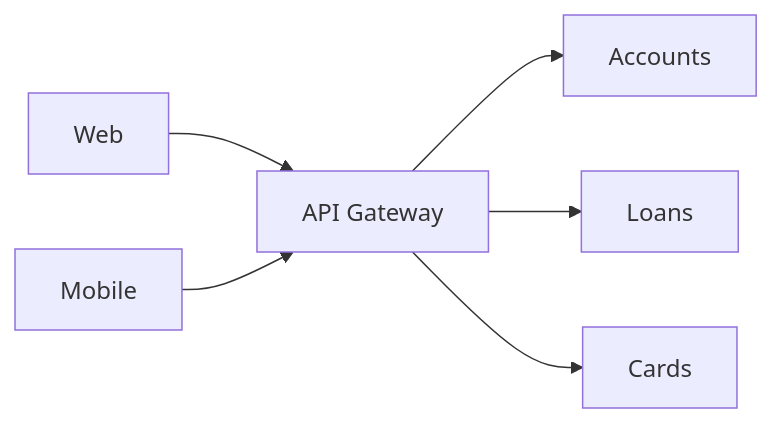
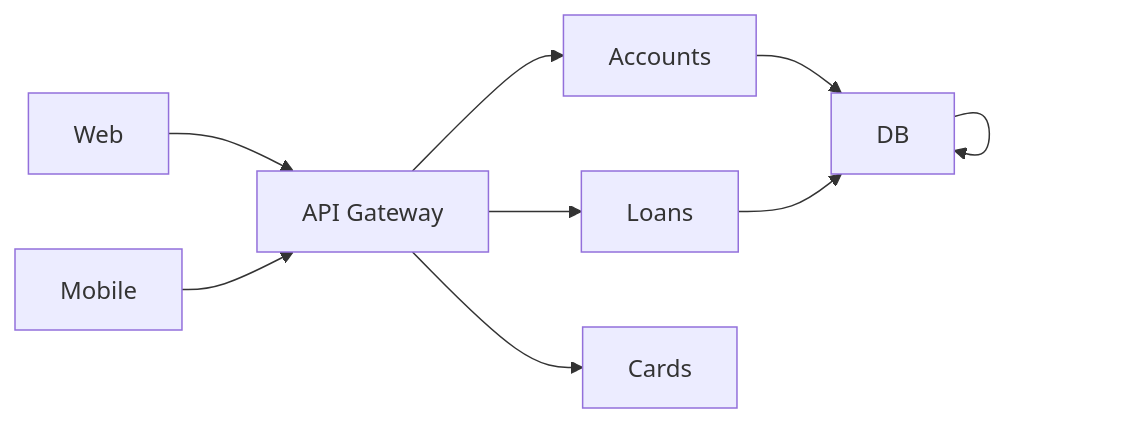
The diagram in Readme.md (Arannamoy-Mondal/eCommerce-REST-API), drawn with Mermaid before and after one commit.

````diff
--- a/Readme.md
+++ b/Readme.md
@@ -106,8 +106,11 @@
 ```mermaid
 graph LR;
 A[Web] --> C[API Gateway]
 B[Mobile] --> C[API Gateway]
-C[API Gateway] --> D[Accounts]
+C[API Gateway] --> G[Accounts]
 C[API Gateway] --> E[Loans]
 C[API Gateway] --> F[Cards]
+G[Accounts]-->D[DB]
+E[Loans]-->D[DB]
+D[DB]-->D[DB]
 ```
````
